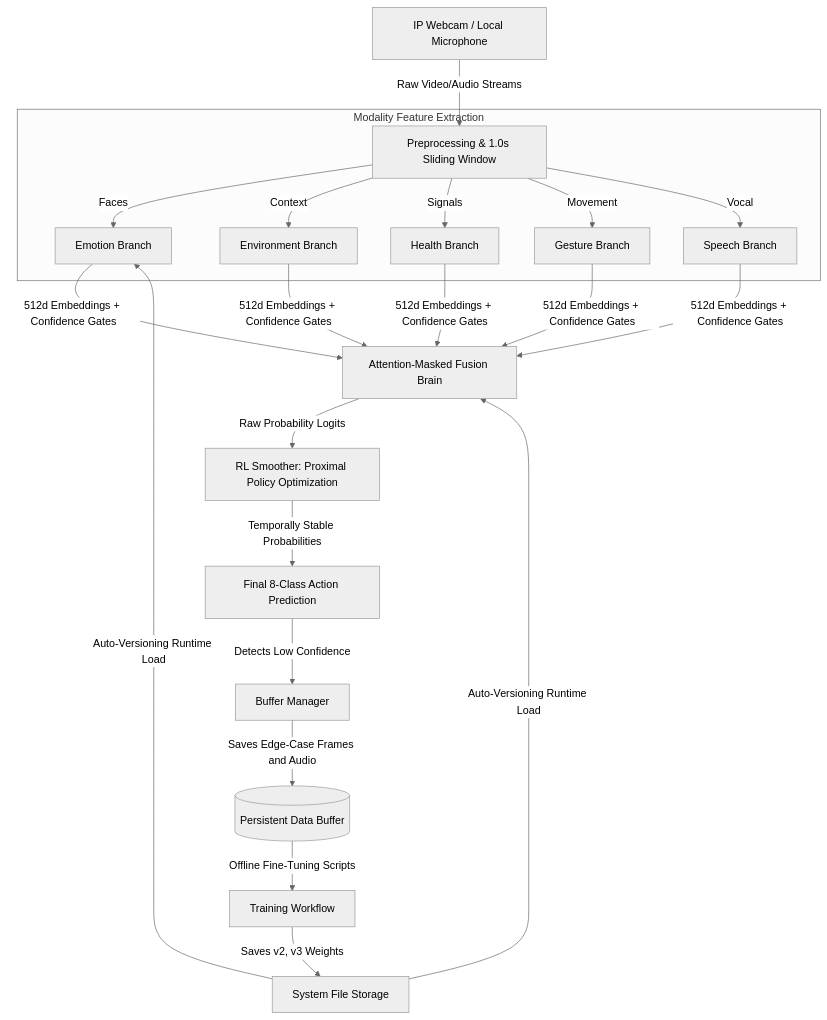
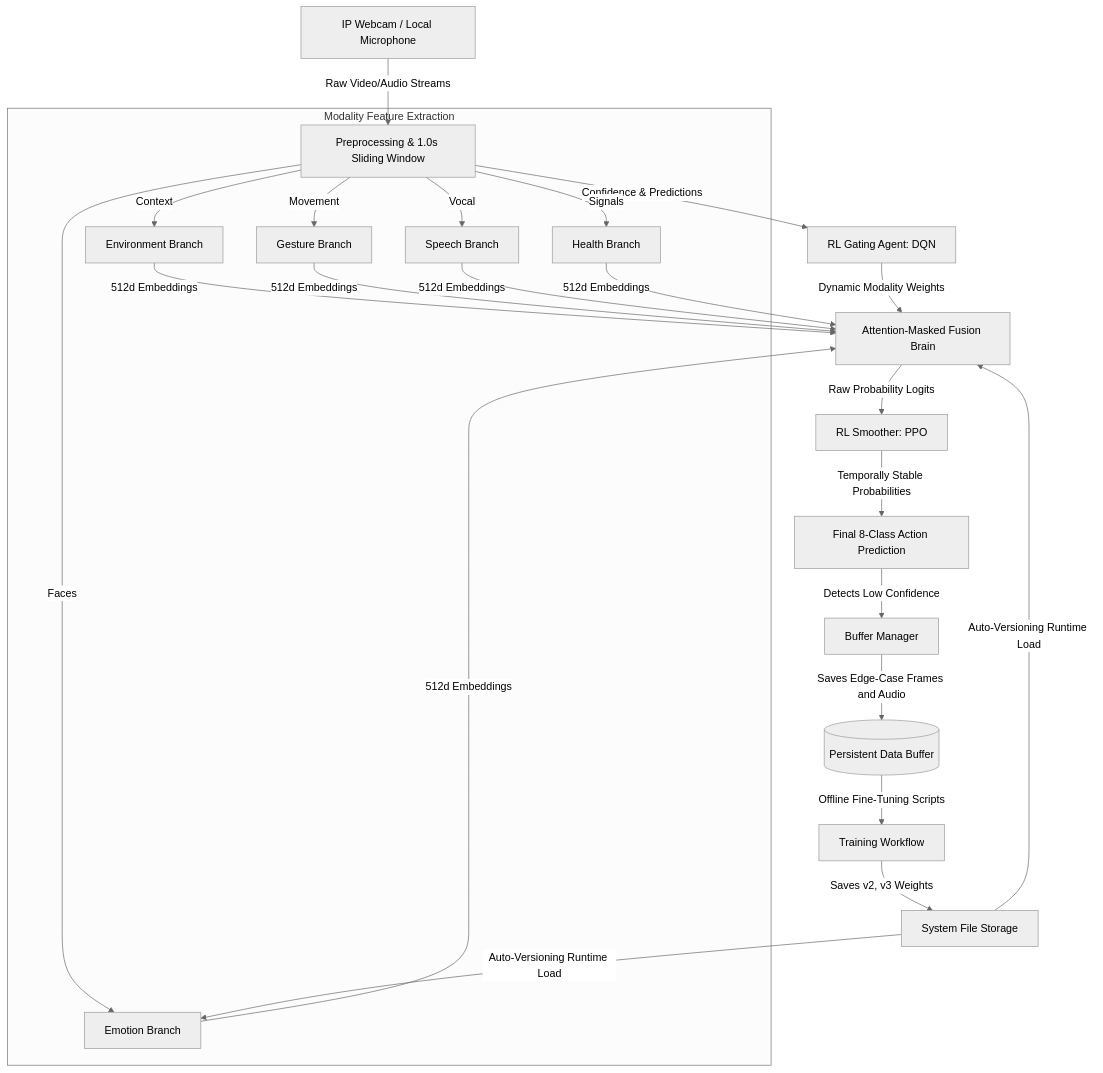
The diagram in README.md (2023priyanshubhargav-cpu/dl-project), drawn with Mermaid (neutral theme) before and after one commit. The commit also changed other lines of this file and 2 other files, not shown here.

Commit message:
Integrate Double-Layer RL Architecture and update README with 7-algorithm benchmark study

````diff
--- a/README.md
+++ b/README.md
@@ -25,28 +25,32 @@
 ```mermaid
 graph TD
     %% Input Layer
     Sensors[IP Webcam / Local Microphone] -->|Raw Video/Audio Streams| Pre[Preprocessing & 1.0s Sliding Window]
+    
+    %% RL Gating Layer (Intake)
+    Pre -->|Confidence & Predictions| RG[RL Gating Agent: DQN]
+    RG -->|Dynamic Modality Weights| FUS
     
     %% Branch Layers
     subgraph "Modality Feature Extraction"
         Pre -->|Faces| EMO[Emotion Branch]
         Pre -->|Context| ENV[Environment Branch]
         Pre -->|Signals| HEA[Health Branch]
         Pre -->|Movement| GES[Gesture Branch]
         Pre -->|Vocal| SPE[Speech Branch]
     end
     
     %% Fusion Layer
-    EMO & ENV & GES & SPE & HEA -->|512d Embeddings + Confidence Gates| FUS[Attention-Masked Fusion Brain]
+    EMO & ENV & GES & SPE & HEA -->|512d Embeddings| FUS[Attention-Masked Fusion Brain]
     
-    %% Stabilization Layer
-    FUS -->|Raw Probability Logits| RL[RL Smoother: Proximal Policy Optimization]
-    RL -->|Temporally Stable Probabilities| DEC[Final 8-Class Action Prediction]
+    %% Stabilization Layer (Output)
+    FUS -->|Raw Probability Logits| RS[RL Smoother: PPO]
+    RS -->|Temporally Stable Probabilities| DEC[Final 8-Class Action Prediction]
     
     %% Iterative Learning Pipeline
     DEC -->|Detects Low Confidence| BM[Buffer Manager]
     BM -->|Saves Edge-Case Frames and Audio| DB[(Persistent Data Buffer)]
     DB -->|Offline Fine-Tuning Scripts| TRAIN[Training Workflow]
     TRAIN -->|Saves v2, v3 Weights| FS[System File Storage]
     FS -->|Auto-Versioning Runtime Load| EMO & FUS
 ```
````
